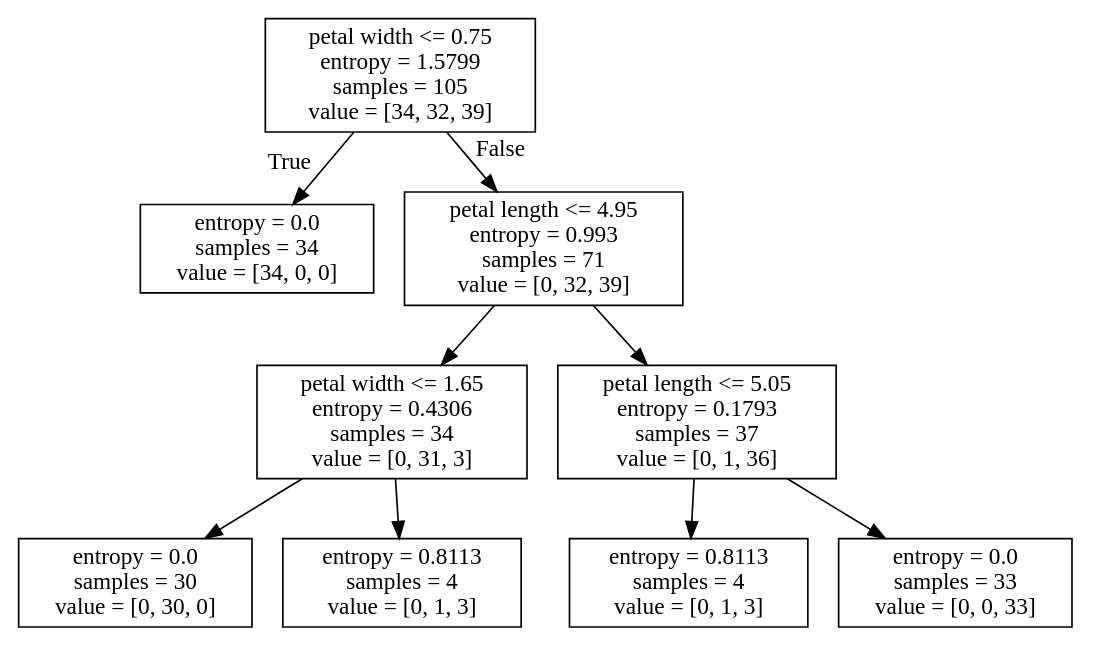
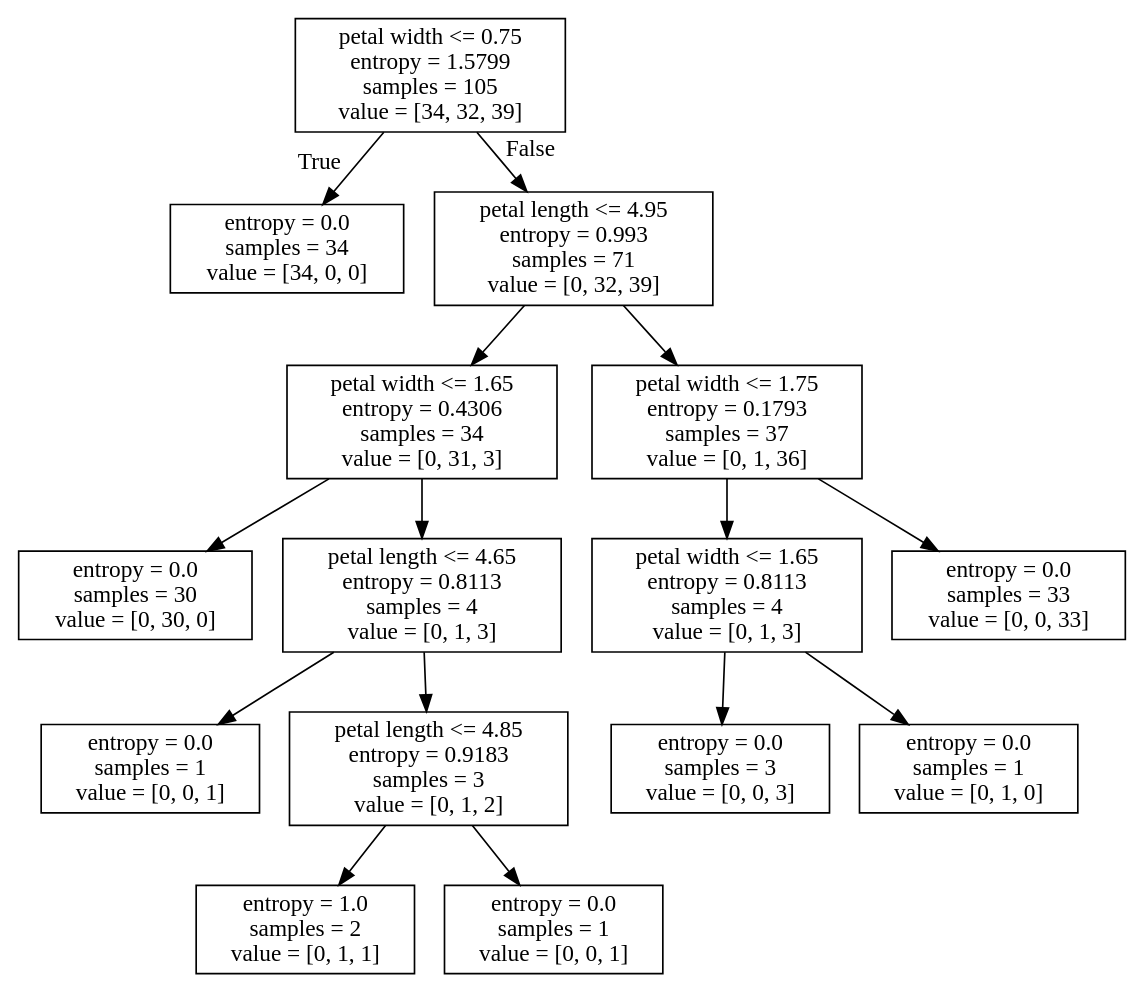
The diagram in 3_Machine_learning/4_ML_algorithms/tree.dot (poturnak/Python_practice), drawn with Graphviz before and after one commit. The commit also changed 2 other files, not shown here.

```diff
--- a/3_Machine_learning/4_ML_algorithms/tree.dot
+++ b/3_Machine_learning/4_ML_algorithms/tree.dot
@@ -1,20 +1,32 @@
 digraph Tree {
 node [shape=box] ;
 0 [label="petal width <= 0.75\nentropy = 1.5799\nsamples = 105\nvalue = [34, 32, 39]"] ;
 1 [label="entropy = 0.0\nsamples = 34\nvalue = [34, 0, 0]"] ;
 0 -> 1 [labeldistance=2.5, labelangle=45, headlabel="True"] ;
 2 [label="petal length <= 4.95\nentropy = 0.993\nsamples = 71\nvalue = [0, 32, 39]"] ;
 0 -> 2 [labeldistance=2.5, labelangle=-45, headlabel="False"] ;
 3 [label="petal width <= 1.65\nentropy = 0.4306\nsamples = 34\nvalue = [0, 31, 3]"] ;
 2 -> 3 ;
 4 [label="entropy = 0.0\nsamples = 30\nvalue = [0, 30, 0]"] ;
 3 -> 4 ;
-5 [label="entropy = 0.8113\nsamples = 4\nvalue = [0, 1, 3]"] ;
+5 [label="petal length <= 4.65\nentropy = 0.8113\nsamples = 4\nvalue = [0, 1, 3]"] ;
 3 -> 5 ;
-6 [label="petal length <= 5.05\nentropy = 0.1793\nsamples = 37\nvalue = [0, 1, 36]"] ;
-2 -> 6 ;
-7 [label="entropy = 0.8113\nsamples = 4\nvalue = [0, 1, 3]"] ;
-6 -> 7 ;
-8 [label="entropy = 0.0\nsamples = 33\nvalue = [0, 0, 33]"] ;
-6 -> 8 ;
+6 [label="entropy = 0.0\nsamples = 1\nvalue = [0, 0, 1]"] ;
+5 -> 6 ;
+7 [label="petal length <= 4.85\nentropy = 0.9183\nsamples = 3\nvalue = [0, 1, 2]"] ;
+5 -> 7 ;
+8 [label="entropy = 1.0\nsamples = 2\nvalue = [0, 1, 1]"] ;
+7 -> 8 ;
+9 [label="entropy = 0.0\nsamples = 1\nvalue = [0, 0, 1]"] ;
+7 -> 9 ;
+10 [label="petal width <= 1.75\nentropy = 0.1793\nsamples = 37\nvalue = [0, 1, 36]"] ;
+2 -> 10 ;
+11 [label="petal width <= 1.65\nentropy = 0.8113\nsamples = 4\nvalue = [0, 1, 3]"] ;
+10 -> 11 ;
+12 [label="entropy = 0.0\nsamples = 3\nvalue = [0, 0, 3]"] ;
+11 -> 12 ;
+13 [label="entropy = 0.0\nsamples = 1\nvalue = [0, 1, 0]"] ;
+11 -> 13 ;
+14 [label="entropy = 0.0\nsamples = 33\nvalue = [0, 0, 33]"] ;
+10 -> 14 ;
 }
```
